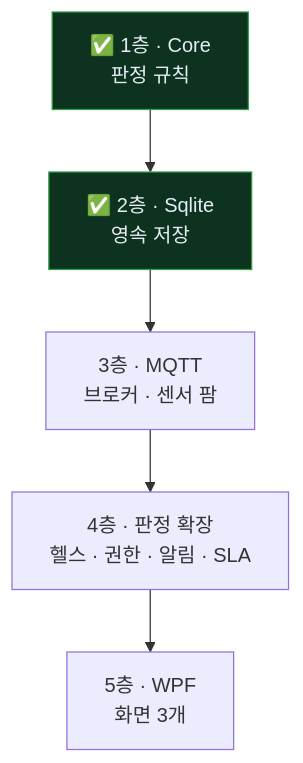
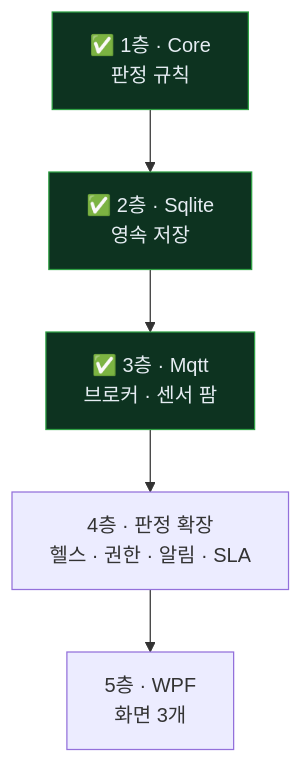
The seventh of 7 diagrams in docs/architecture.md (bosung2000/IoTSensorDashboard), drawn with Mermaid before and after one commit. The commit also changed other lines of this file and 2 other files, not shown here.

````diff
--- a/docs/architecture.md
+++ b/docs/architecture.md
@@ -375,10 +386,11 @@
 ```mermaid
 flowchart TD
     L1["✅ 1층 · Core<br/>판정 규칙"] --> L2["✅ 2층 · Sqlite<br/>영속 저장"]
-    L2 --> L3["3층 · MQTT<br/>브로커 · 센서 팜"]
+    L2 --> L3["✅ 3층 · Mqtt<br/>브로커 · 센서 팜"]
     L3 --> L4["4층 · 판정 확장<br/>헬스 · 권한 · 알림 · SLA"]
     L4 --> L5["5층 · WPF<br/>화면 3개"]
 
     style L1 fill:#0d3320,stroke:#2ea043,color:#e6edf3
     style L2 fill:#0d3320,stroke:#2ea043,color:#e6edf3
+    style L3 fill:#0d3320,stroke:#2ea043,color:#e6edf3
 ```
````
